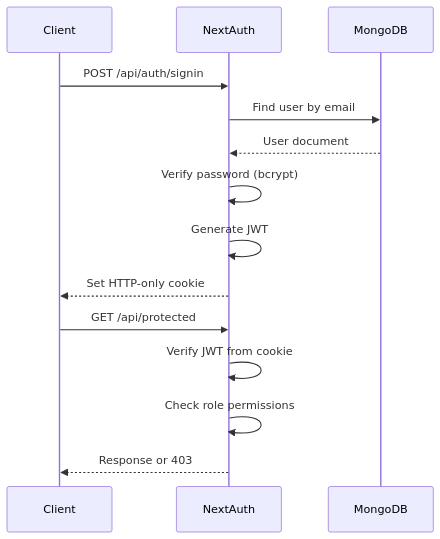
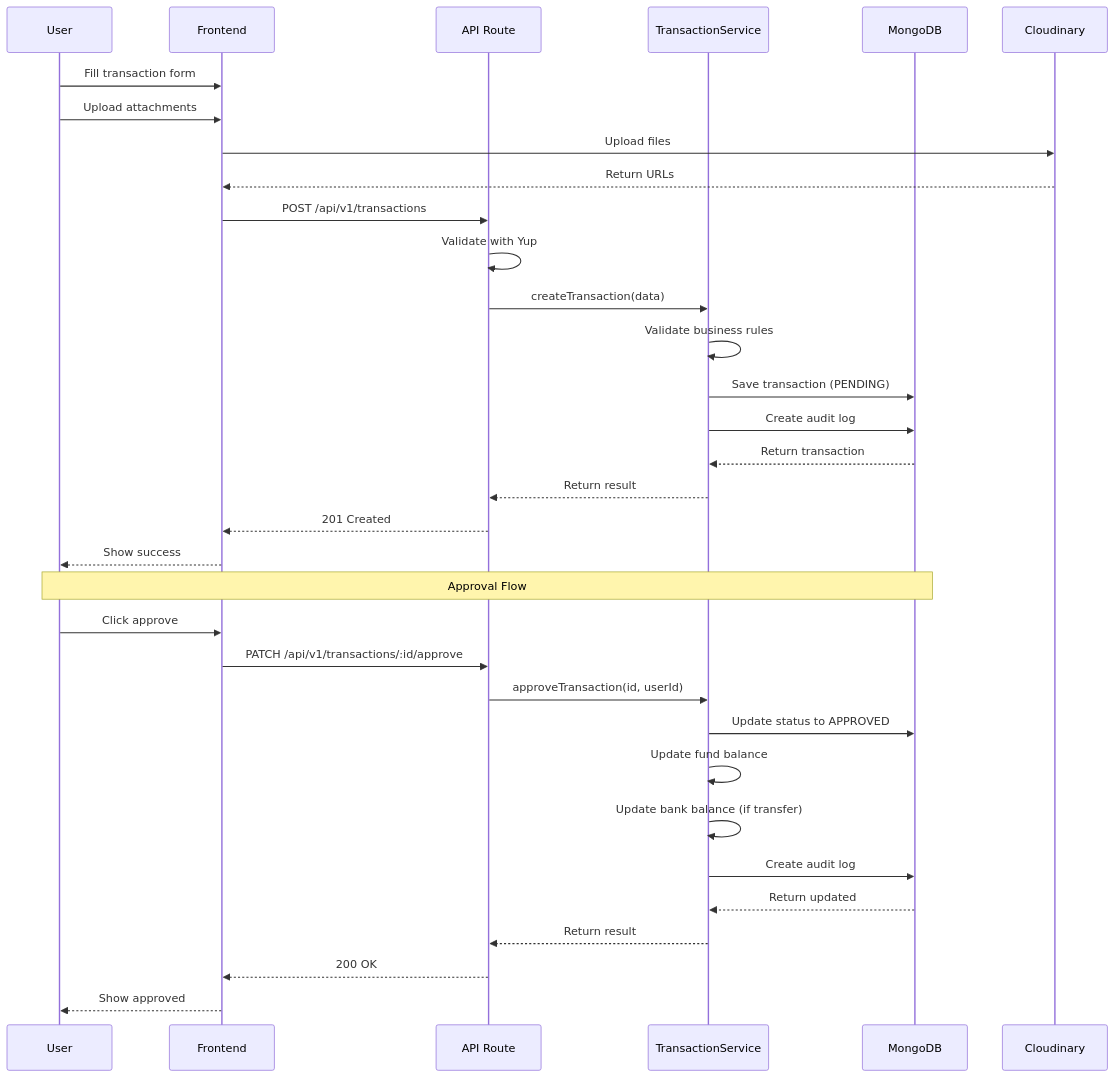
Before and after one commit to KhoaTran011604/BMAD-Lite.: the third of 5 diagrams in docs/architecture.md, drawn with Mermaid. The commit also changed other lines of this file and 47 other files, not shown here.

````diff
--- a/docs/architecture.md
+++ b/docs/architecture.md
@@ -1164,18 +627,37 @@
 ```mermaid
 sequenceDiagram
-    participant C as Client
-    participant A as NextAuth
+    participant U as User
+    participant F as Frontend
+    participant A as API Route
+    participant S as TransactionService
     participant DB as MongoDB
+    participant CL as Cloudinary
 
-    C->>A: POST /api/auth/signin
-    A->>DB: Find user by email
-    DB-->>A: User document
-    A->>A: Verify password (bcrypt)
-    A->>A: Generate JWT
-    A-->>C: Set HTTP-only cookie
+    U->>F: Fill transaction form
+    U->>F: Upload attachments
+    F->>CL: Upload files
+    CL-->>F: Return URLs
+    F->>A: POST /api/v1/transactions
+    A->>A: Validate with Yup
+    A->>S: createTransaction(data)
+    S->>S: Validate business rules
+    S->>DB: Save transaction (PENDING)
+    S->>DB: Create audit log
+    DB-->>S: Return transaction
+    S-->>A: Return result
+    A-->>F: 201 Created
+    F-->>U: Show success
 
-    C->>A: GET /api/protected
-    A->>A: Verify JWT from cookie
-    A->>A: Check role permissions
-    A-->>C: Response or 403
+    Note over U,DB: Approval Flow
+    U->>F: Click approve
+    F->>A: PATCH /api/v1/transactions/:id/approve
+    A->>S: approveTransaction(id, userId)
+    S->>DB: Update status to APPROVED
+    S->>S: Update fund balance
+    S->>S: Update bank balance (if transfer)
+    S->>DB: Create audit log
+    DB-->>S: Return updated
+    S-->>A: Return result
+    A-->>F: 200 OK
+    F-->>U: Show approved
 ```
````
